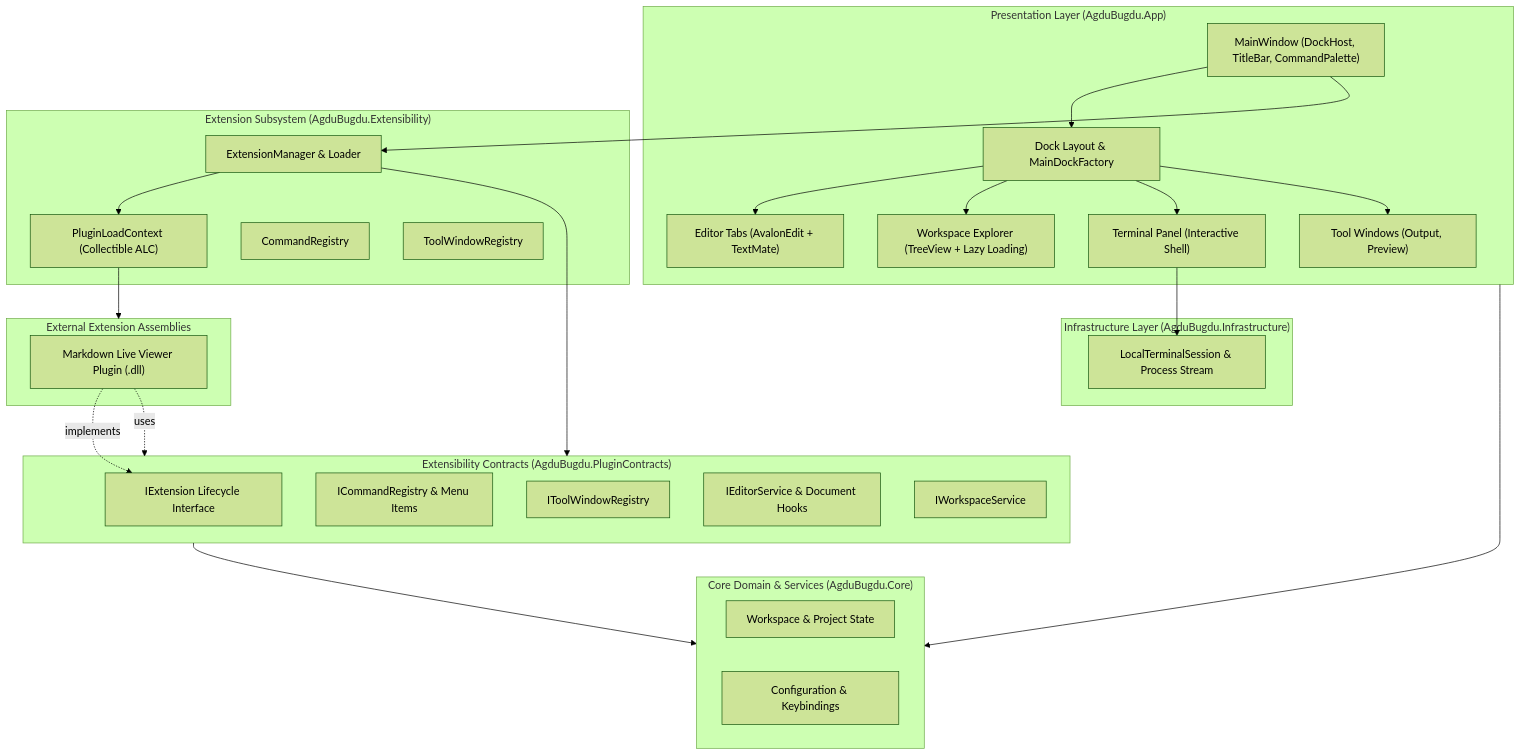
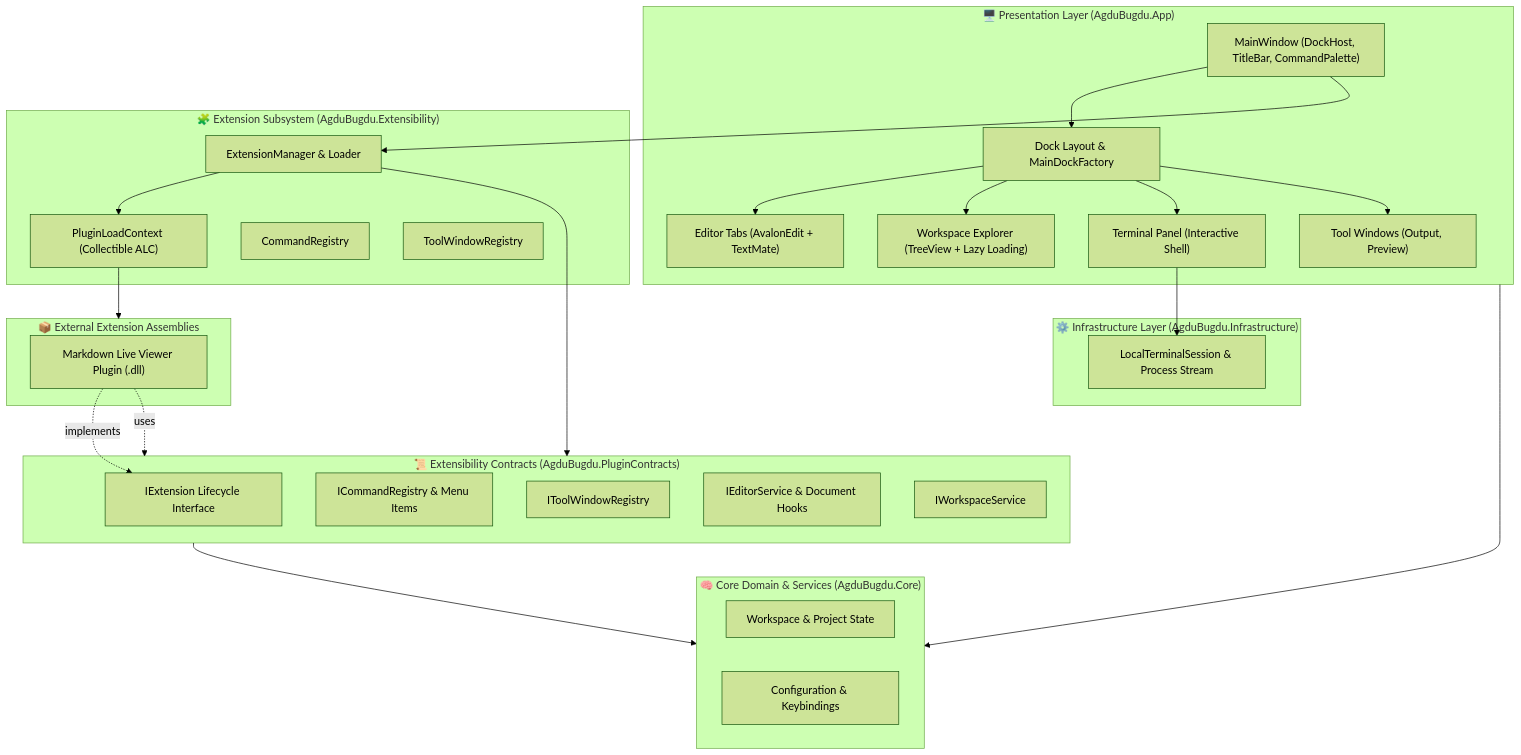
The first of 2 diagrams in README.md (indoctrinatedrecluse/AgduBugdu), drawn with Mermaid (forest theme) before and after one commit. The commit also changed other lines of this file and 2 other files, not shown here.

````diff
--- a/README.md
+++ b/README.md
@@ -60,51 +62,51 @@
 ```mermaid
 graph TD
-    subgraph UI ["Presentation Layer (AgduBugdu.App)"]
+    subgraph UI ["🖥️ Presentation Layer (AgduBugdu.App)"]
         MainWindow["MainWindow (DockHost, TitleBar, CommandPalette)"]
         DockManager["Dock Layout & MainDockFactory"]
         EditorView["Editor Tabs (AvalonEdit + TextMate)"]
         ExplorerView["Workspace Explorer (TreeView + Lazy Loading)"]
         TerminalView["Terminal Panel (Interactive Shell)"]
         ToolPanels["Tool Windows (Output, Preview)"]
     end
 
-    subgraph ExtMgr ["Extension Subsystem (AgduBugdu.Extensibility)"]
+    subgraph ExtMgr ["🧩 Extension Subsystem (AgduBugdu.Extensibility)"]
         ExtensionManager["ExtensionManager & Loader"]
         ALCRegistry["PluginLoadContext (Collectible ALC)"]
         CommandReg["CommandRegistry"]
         ToolReg["ToolWindowRegistry"]
     end
 
-    subgraph Infra ["Infrastructure Layer (AgduBugdu.Infrastructure)"]
+    subgraph Infra ["⚙️ Infrastructure Layer (AgduBugdu.Infrastructure)"]
         TerminalSession["LocalTerminalSession & Process Stream"]
     end
 
-    subgraph Contracts ["Extensibility Contracts (AgduBugdu.PluginContracts)"]
+    subgraph Contracts ["📜 Extensibility Contracts (AgduBugdu.PluginContracts)"]
         IExtension["IExtension Lifecycle Interface"]
         ICommandRegistry["ICommandRegistry & Menu Items"]
         IToolWindowRegistry["IToolWindowRegistry"]
         IEditorService["IEditorService & Document Hooks"]
         IWorkspaceService["IWorkspaceService"]
     end
 
-    subgraph Core ["Core Domain & Services (AgduBugdu.Core)"]
+    subgraph Core ["🧠 Core Domain & Services (AgduBugdu.Core)"]
         Workspace["Workspace & Project State"]
         Config["Configuration & Keybindings"]
     end
 
-    subgraph Plugins ["External Extension Assemblies"]
+    subgraph Plugins ["📦 External Extension Assemblies"]
         MarkdownPlugin["Markdown Live Viewer Plugin (.dll)"]
     end
 
     MainWindow --> DockManager
     DockManager --> EditorView & ExplorerView & TerminalView & ToolPanels
     TerminalView --> TerminalSession
     MainWindow --> ExtensionManager
     ExtensionManager --> ALCRegistry
     ALCRegistry --> Plugins
     MarkdownPlugin -.implements.-> IExtension
     MarkdownPlugin -.uses.-> Contracts
     ExtensionManager --> Contracts
     UI --> Core
     Contracts --> Core
 ```
````
